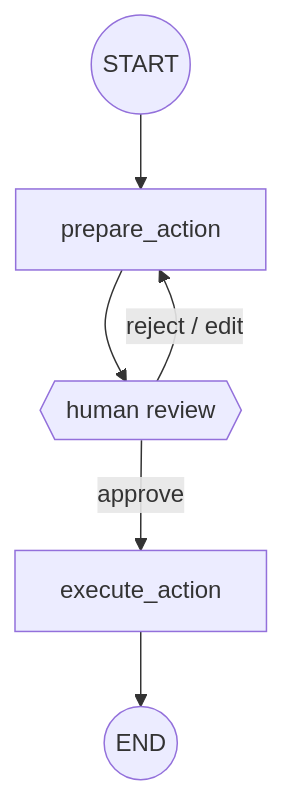
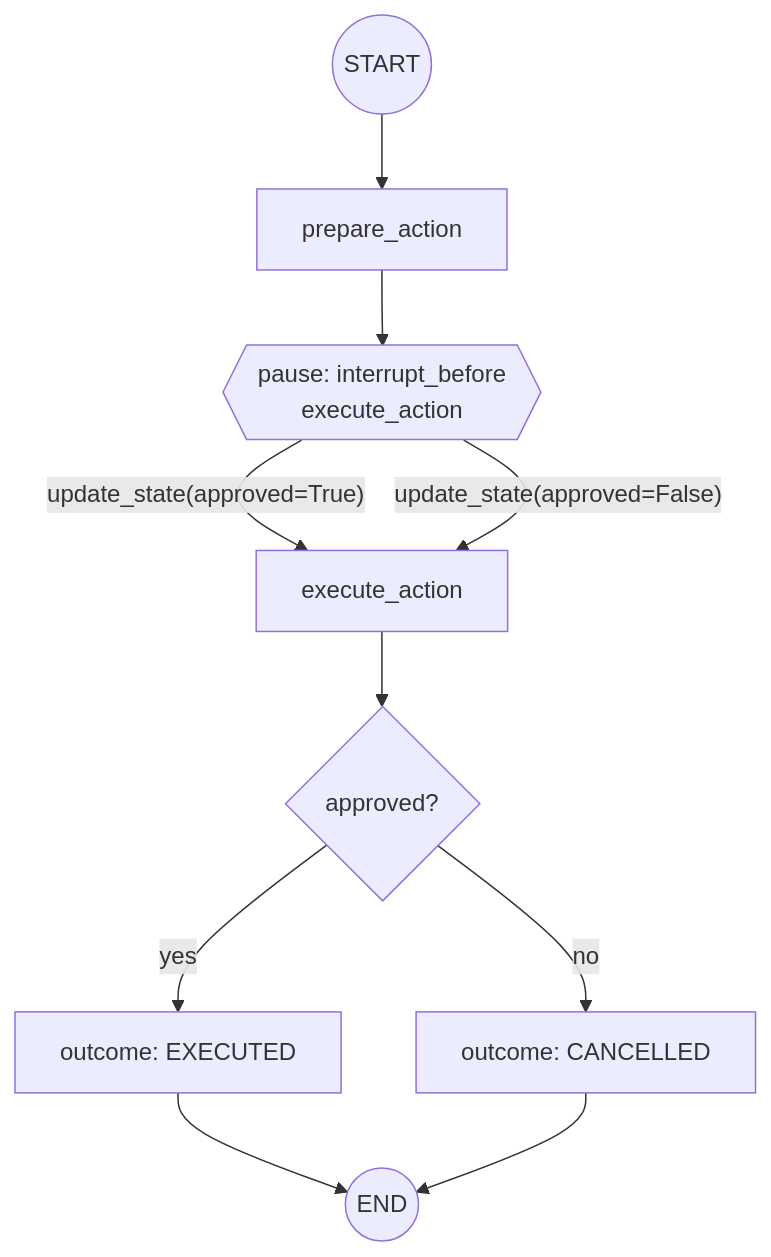
Before and after one commit to ranjan-del/langgraph: the diagram in human-approval/README.md, drawn with Mermaid. The commit also changed other lines of this file and 5 other files, not shown here.

First line of the commit message:
Add mermaid diagrams and per-pattern READMEs, broaden test coverage

````diff
--- a/human-approval/README.md
+++ b/human-approval/README.md
@@ -15,8 +15,12 @@
 ```mermaid
 graph TD
     START((START)) --> P[prepare_action]
-    P --> H{{human review}}
-    H -->|approve| A[execute_action]
-    H -->|reject / edit| P
-    A --> END((END))
+    P --> H{{"pause: interrupt_before<br/>execute_action"}}
+    H -->|"update_state(approved=True)"| A[execute_action]
+    H -->|"update_state(approved=False)"| A
+    A --> O{approved?}
+    O -->|yes| X[outcome: EXECUTED]
+    O -->|no| C[outcome: CANCELLED]
+    X --> END((END))
+    C --> END((END))
 ```
````
